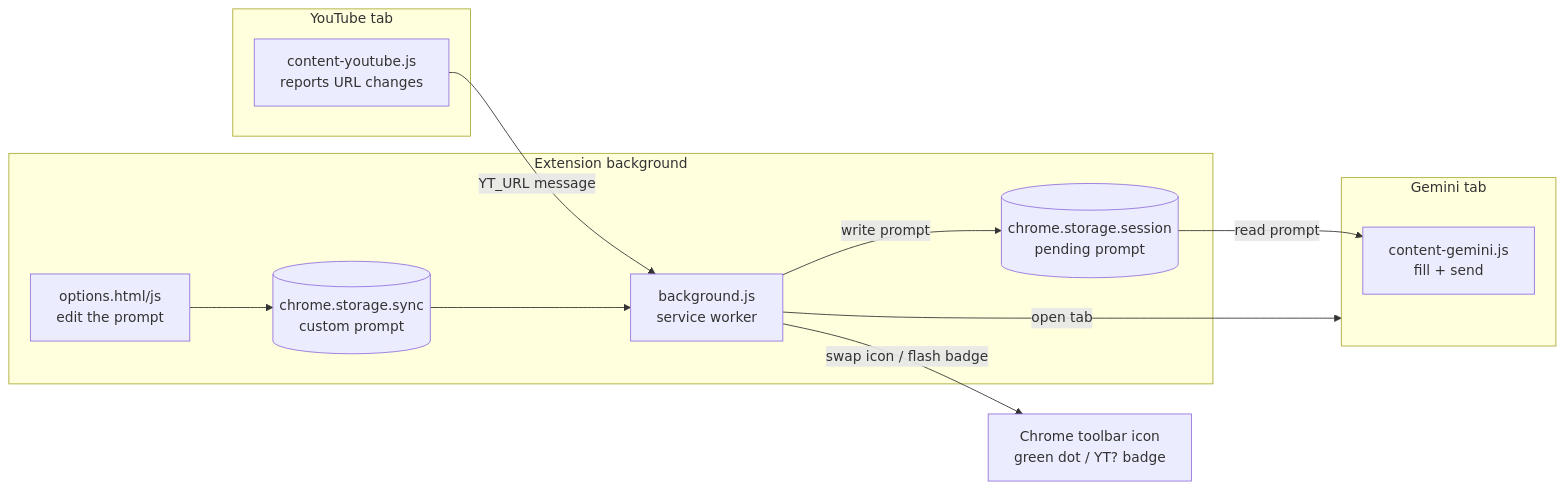
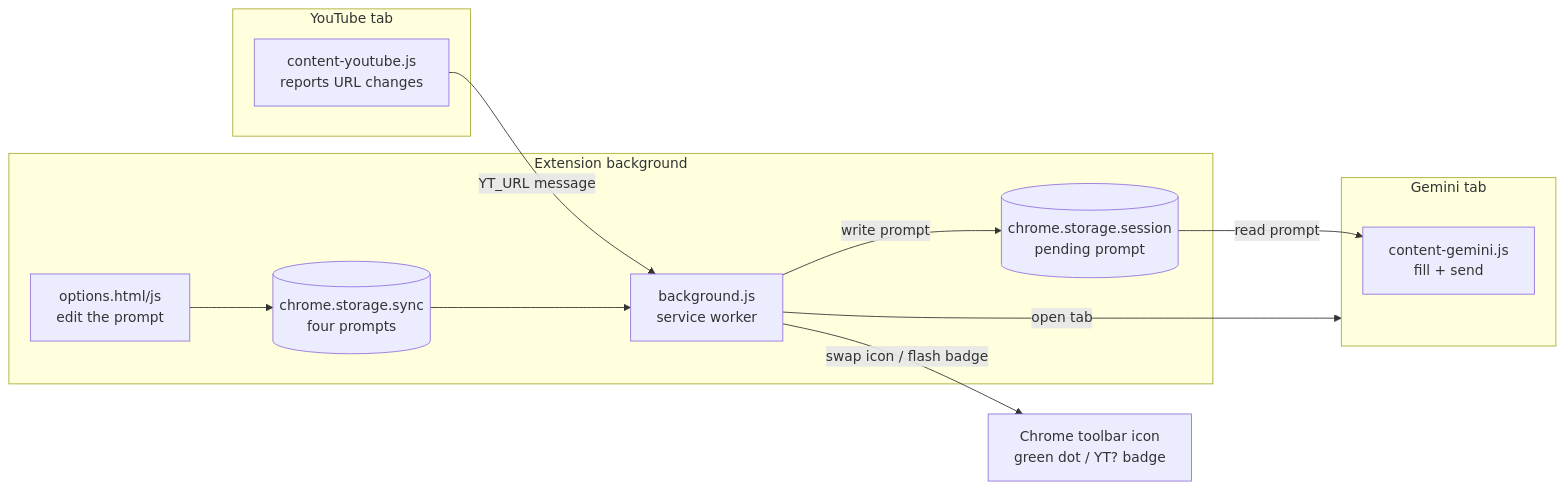
The first of 3 diagrams in docs/HOW_IT_WORKS.md (notnico64/yt-gemini-summary), drawn with Mermaid before and after one commit. The commit also changed other lines of this file and 10 other files, not shown here.

````diff
--- a/docs/HOW_IT_WORKS.md
+++ b/docs/HOW_IT_WORKS.md
@@ -63,23 +63,23 @@
 ```mermaid
 flowchart LR
     subgraph YT[YouTube tab]
         CY[content-youtube.js<br/>reports URL changes]
     end
     subgraph EXT[Extension background]
         BG[background.js<br/>service worker]
         SS[(chrome.storage.session<br/>pending prompt)]
-        SY[(chrome.storage.sync<br/>custom prompt)]
+        SY[(chrome.storage.sync<br/>four prompts)]
         OPT[options.html/js<br/>edit the prompt]
     end
     subgraph GM[Gemini tab]
         CG[content-gemini.js<br/>fill + send]
     end
     TB[Chrome toolbar icon<br/>green dot / YT? badge]
     CY -- "YT_URL message" --> BG
     BG -- "swap icon / flash badge" --> TB
     OPT --> SY
     SY --> BG
     BG -- "write prompt" --> SS
     BG -- "open tab" --> GM
     SS -- "read prompt" --> CG
 ```
````
